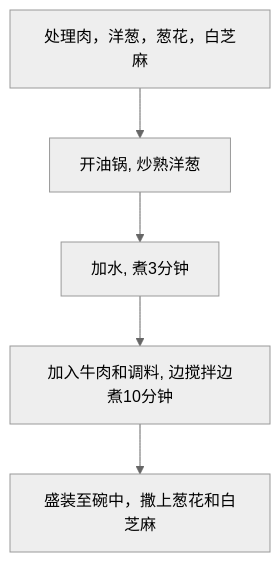
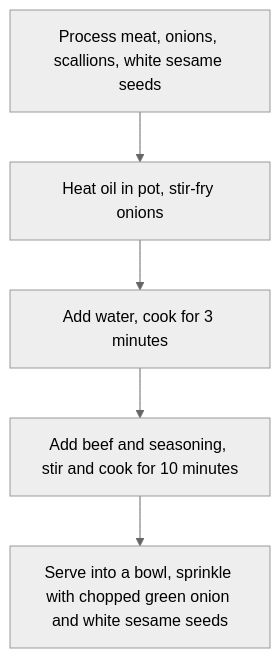
Before and after one commit to Teygeta/HowToCook-en: the diagram in dishes-en/staple/日式肥牛丼饭/日式肥牛丼饭.md, drawn with Mermaid (neutral theme). The commit also changed other lines of this file and 40 other files, not shown here.

````diff
--- a/dishes-en/staple/日式肥牛丼饭/日式肥牛丼饭.md
+++ b/dishes-en/staple/日式肥牛丼饭/日式肥牛丼饭.md
@@ -74,7 +74,7 @@
-``` mermaid
+```mermaid
 graph TD
-    A[处理肉，洋葱，葱花，白芝麻] --> B[开油锅, 炒熟洋葱]
-    B --> C[加水, 煮3分钟]
-    C --> D[加入牛肉和调料, 边搅拌边煮10分钟]
-    D --> E[盛装至碗中，撒上葱花和白芝麻]
+    A[Process meat, onions, scallions, white sesame seeds] --> B[Heat oil in pot, stir-fry onions]
+    B --> C[Add water, cook for 3 minutes]
+    C --> D[Add beef and seasoning, stir and cook for 10 minutes]
+    D --> E[Serve into a bowl, sprinkle with chopped green onion and white sesame seeds]
 ```
````
